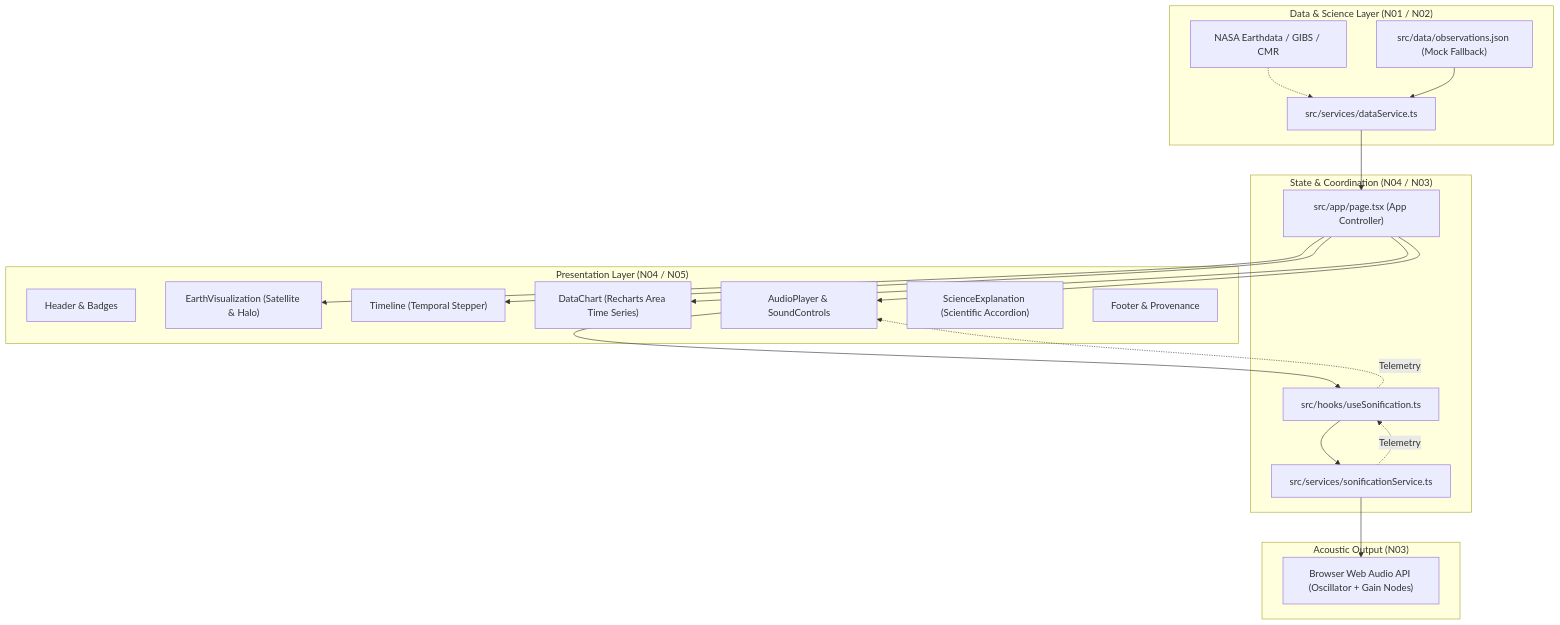
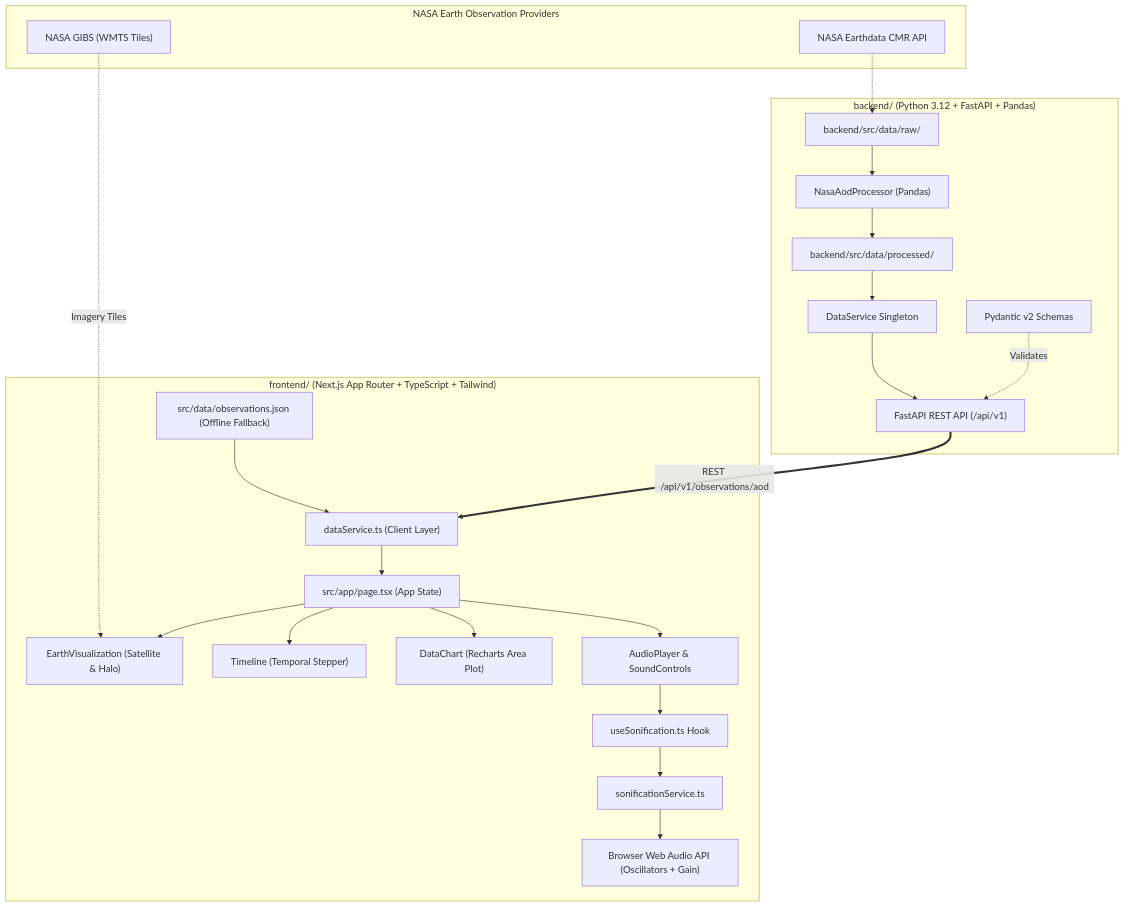
Before and after one commit to MazeFlaze/BREATH-EarthJukebox: the diagram in docs/ARCHITECTURE.md, drawn with Mermaid. The commit also changed other lines of this file and 63 other files, not shown here.

First line of the commit message:
refactor: separate project into decoupled frontend and backend modules

````diff
--- a/docs/ARCHITECTURE.md
+++ b/docs/ARCHITECTURE.md
@@ -9,43 +9,48 @@
 ```mermaid
 flowchart TD
-    subgraph DataLayer["Data & Science Layer (N01 / N02)"]
-        NASA["NASA Earthdata / GIBS / CMR"]
-        MockJSON["src/data/observations.json (Mock Fallback)"]
-        DataService["src/services/dataService.ts"]
+    subgraph NASAData["NASA Earth Observation Providers"]
+        GIBS["NASA GIBS (WMTS Tiles)"]
+        CMR["NASA Earthdata CMR API"]
     end
 
-    subgraph StateAndHooks["State & Coordination (N04 / N03)"]
-        PageState["src/app/page.tsx (App Controller)"]
-        AudioHook["src/hooks/useSonification.ts"]
-        AudioService["src/services/sonificationService.ts"]
+    subgraph BackendModule["backend/ (Python 3.12 + FastAPI + Pandas)"]
+        RawData["backend/src/data/raw/"]
+        Processor["NasaAodProcessor (Pandas)"]
+        ProcessedData["backend/src/data/processed/"]
+        BackendService["DataService Singleton"]
+        FastAPI["FastAPI REST API (/api/v1)"]
+        Pydantic["Pydantic v2 Schemas"]
+
+        RawData --> Processor
+        CMR -.-> RawData
+        Processor --> ProcessedData
+        ProcessedData --> BackendService
+        BackendService --> FastAPI
+        Pydantic -. Validates .-> FastAPI
     end
 
-    subgraph UIComponents["Presentation Layer (N04 / N05)"]
-        Header["Header & Badges"]
+    subgraph FrontendModule["frontend/ (Next.js App Router + TypeScript + Tailwind)"]
+        DataServiceTS["dataService.ts (Client Layer)"]
+        LocalMock["src/data/observations.json (Offline Fallback)"]
+        PageController["src/app/page.tsx (App State)"]
         EarthViz["EarthVisualization (Satellite & Halo)"]
         TimelineUI["Timeline (Temporal Stepper)"]
-        DataChartUI["DataChart (Recharts Area Time Series)"]
+        DataChartUI["DataChart (Recharts Area Plot)"]
         AudioPlayerUI["AudioPlayer & SoundControls"]
-        ScienceUI["ScienceExplanation (Scientific Accordion)"]
-        FooterUI["Footer & Provenance"]
+        AudioHook["useSonification.ts Hook"]
+        AudioService["sonificationService.ts"]
+        WebAudioEngine["Browser Web Audio API (Oscillators + Gain)"]
+
+        LocalMock --> DataServiceTS
+        FastAPI == "REST /api/v1/observations/aod" ==> DataServiceTS
+        GIBS -. "Imagery Tiles" .-> EarthViz
+        DataServiceTS --> PageController
+        PageController --> EarthViz
+        PageController --> TimelineUI
+        PageController --> DataChartUI
+        PageController --> AudioPlayerUI
+        AudioPlayerUI --> AudioHook
+        AudioHook --> AudioService
+        AudioService --> WebAudioEngine
     end
-
-    subgraph AudioEngine["Acoustic Output (N03)"]
-        WebAudio["Browser Web Audio API (Oscillator + Gain Nodes)"]
-    end
-
-    NASA -.-> DataService
-    MockJSON --> DataService
-    DataService --> PageState
-
-    PageState --> EarthViz
-    PageState --> TimelineUI
-    PageState --> DataChartUI
-    PageState --> AudioPlayerUI
-
-    AudioPlayerUI --> AudioHook
-    AudioHook --> AudioService
-    AudioService --> WebAudio
-    AudioService -. Telemetry .-> AudioHook
-    AudioHook -. Telemetry .-> AudioPlayerUI
 ```
````
